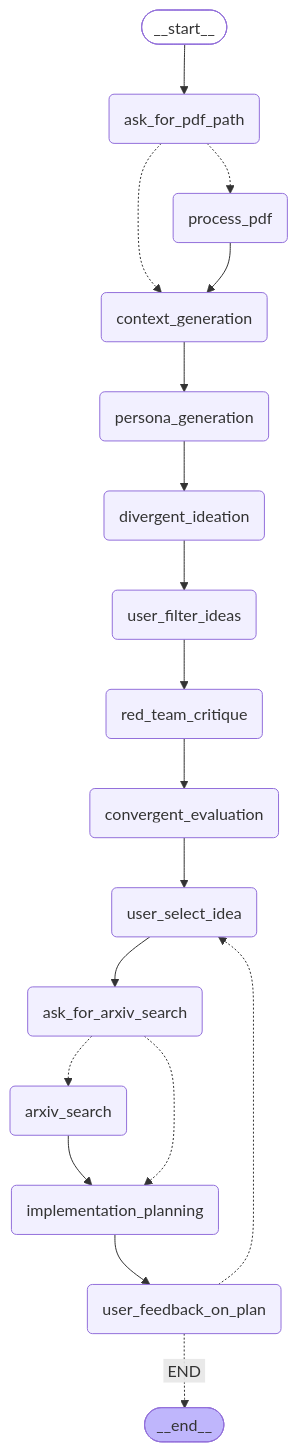
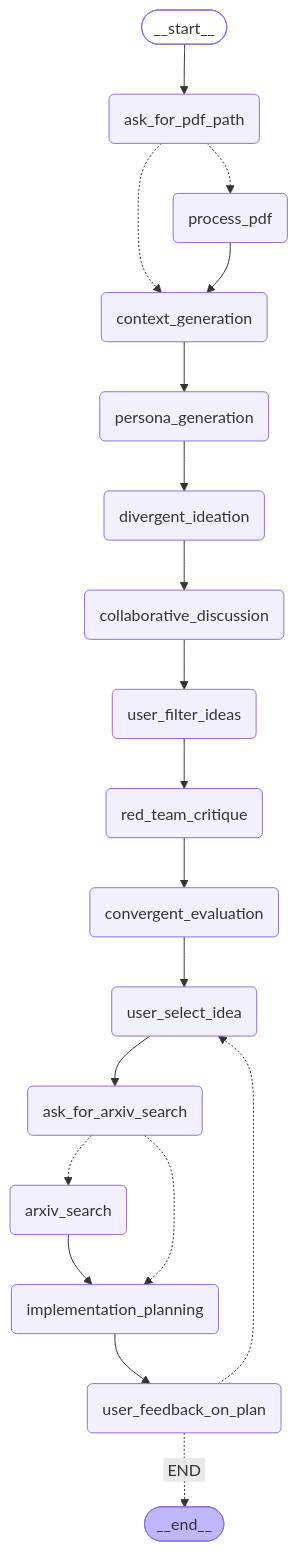
One commit to Lum1104/agent-brainstorm changed the diagram in README-zh.md. Above: the diagram before and after it, drawn with Mermaid. The commit also changed 8 other files, not shown here.

````diff
--- a/README-zh.md
+++ b/README-zh.md
@@ -15,38 +15,40 @@
 ```mermaid
 graph TD;
         __start__([<p>__start__</p>]):::first
         ask_for_pdf_path(ask_for_pdf_path)
         process_pdf(process_pdf)
         context_generation(context_generation)
         persona_generation(persona_generation)
         divergent_ideation(divergent_ideation)
+        collaborative_discussion(collaborative_discussion)
         user_filter_ideas(user_filter_ideas)
         red_team_critique(red_team_critique)
         convergent_evaluation(convergent_evaluation)
         user_select_idea(user_select_idea)
         ask_for_arxiv_search(ask_for_arxiv_search)
         arxiv_search(arxiv_search)
         implementation_planning(implementation_planning)
         user_feedback_on_plan(user_feedback_on_plan)
         __end__([<p>__end__</p>]):::last
         __start__ --> ask_for_pdf_path;
         arxiv_search --> implementation_planning;
         ask_for_arxiv_search -.-> arxiv_search;
         ask_for_arxiv_search -.-> implementation_planning;
         ask_for_pdf_path -.-> context_generation;
         ask_for_pdf_path -.-> process_pdf;
+        collaborative_discussion --> user_filter_ideas;
         context_generation --> persona_generation;
         convergent_evaluation --> user_select_idea;
-        divergent_ideation --> user_filter_ideas;
+        divergent_ideation --> collaborative_discussion;
         implementation_planning --> user_feedback_on_plan;
         persona_generation --> divergent_ideation;
         process_pdf --> context_generation;
         red_team_critique --> convergent_evaluation;
         user_feedback_on_plan -. &nbsp;END&nbsp; .-> __end__;
         user_feedback_on_plan -.-> user_select_idea;
         user_filter_ideas --> red_team_critique;
         user_select_idea --> ask_for_arxiv_search;
         classDef default fill:#f2f0ff,line-height:1.2
         classDef first fill-opacity:0
         classDef last fill:#bfb6fc
 ```
````
